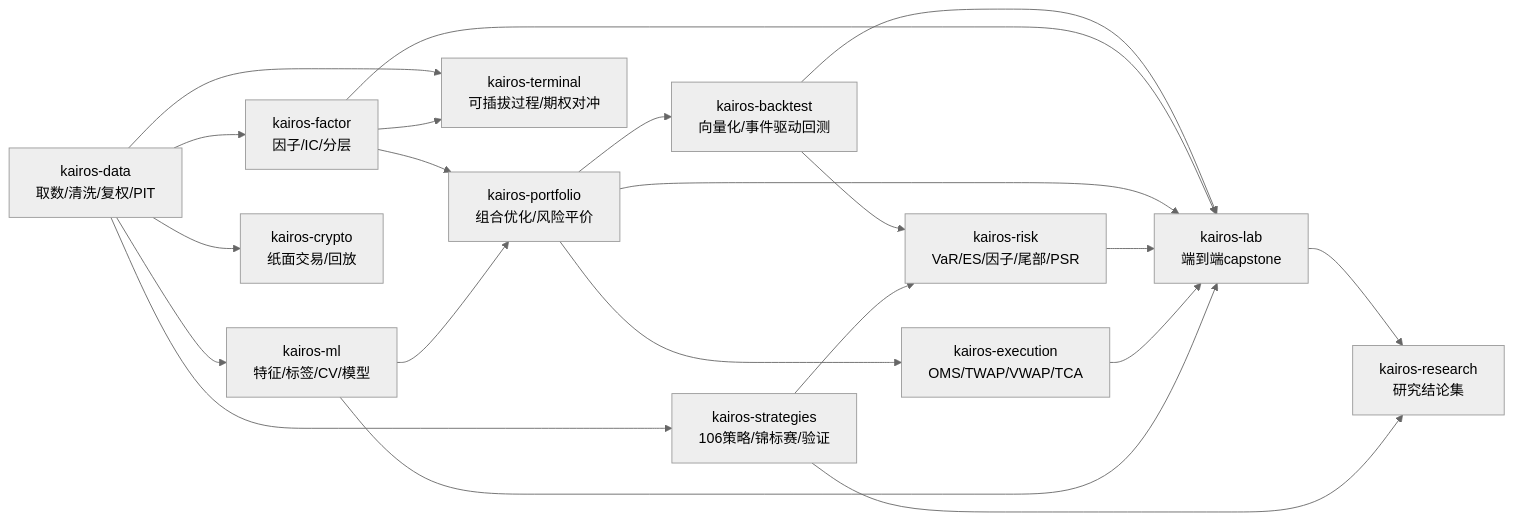
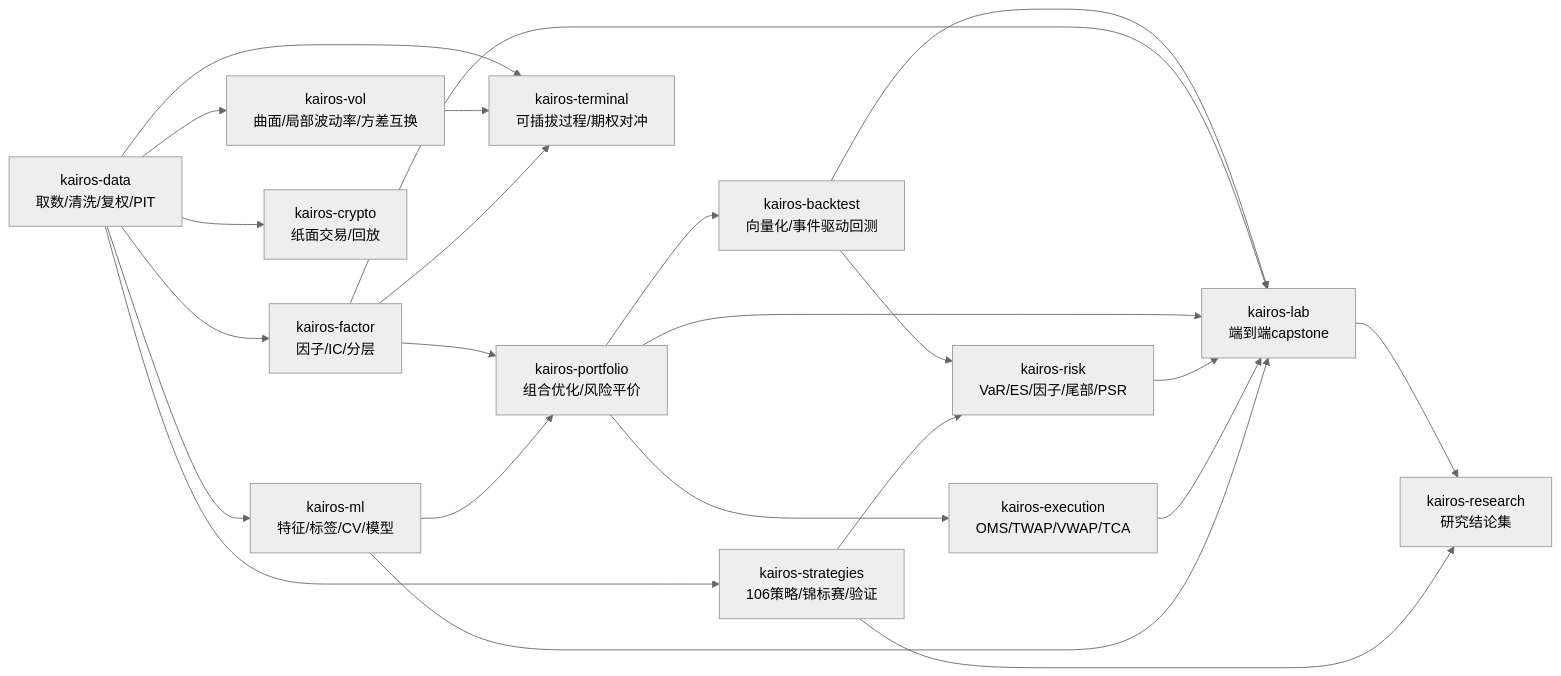
One commit to Bruce848647703/kairos changed the diagram in README.md. Above: the diagram before and after it, drawn with Mermaid (neutral theme). The commit also changed other lines of this file, not shown here.

First line of the commit message:
docs: 收录 kairos-vol（13 个项目 / 1847 测试 / 8 层）

````diff
--- a/README.md
+++ b/README.md
@@ -67,23 +74,25 @@
 ```mermaid
 flowchart LR
   D[kairos-data<br/>取数/清洗/复权/PIT] --> F[kairos-factor<br/>因子/IC/分层]
   D --> M[kairos-ml<br/>特征/标签/CV/模型]
   F --> P[kairos-portfolio<br/>组合优化/风险平价]
   M --> P
   P --> B[kairos-backtest<br/>向量化/事件驱动回测]
   D --> S[kairos-strategies<br/>106策略/锦标赛/验证]
   B --> R[kairos-risk<br/>VaR/ES/因子/尾部/PSR]
   S --> R
   P --> E[kairos-execution<br/>OMS/TWAP/VWAP/TCA]
   D --> C[kairos-crypto<br/>纸面交易/回放]
+  D --> V[kairos-vol<br/>曲面/局部波动率/方差互换]
   D --> T[kairos-terminal<br/>可插拔过程/期权对冲]
+  V --> T
   F --> T
   B --> L[kairos-lab<br/>端到端capstone]
   F --> L
   P --> L
   R --> L
   E --> L
   M --> L
   L --> RS[kairos-research<br/>研究结论集]
   S --> RS
 ```
````
